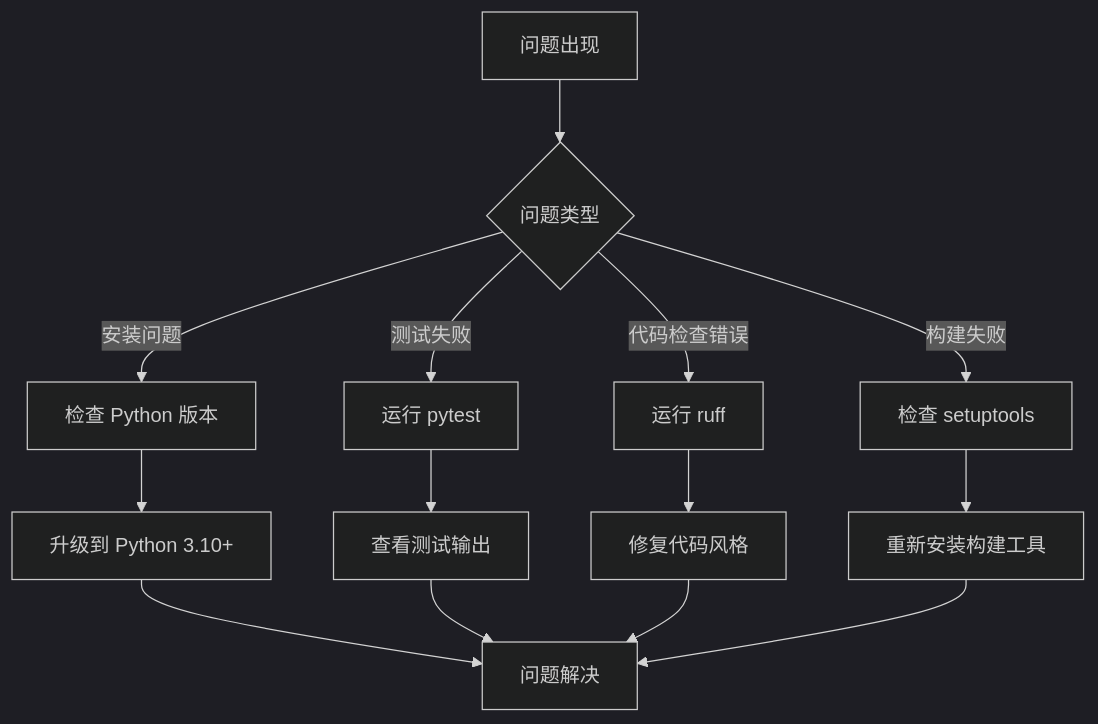
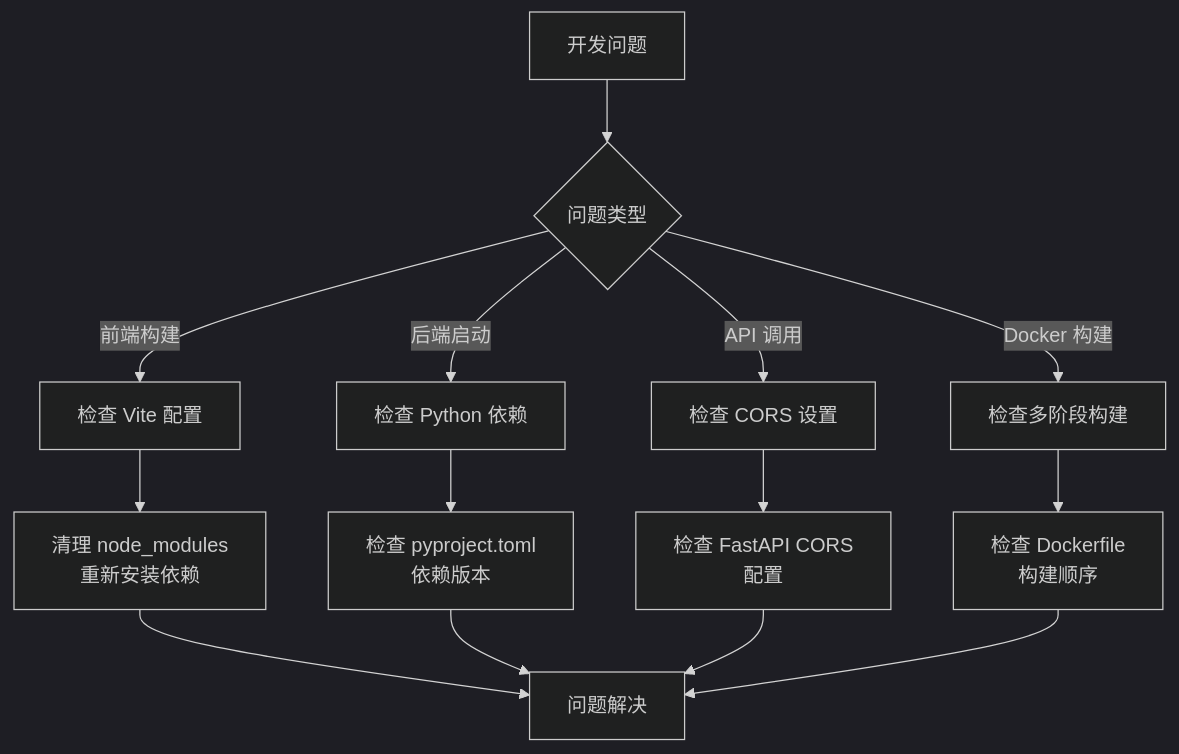
One commit to SimonWHL/math-learning changed diagram 12 of 12 in .qoder/repowiki/zh/content/项目概述.md. Above: the diagram before and after it, drawn with Mermaid (dark theme). The commit also changed other lines of this file and 18 other files, not shown here.

````diff
--- a/.qoder/repowiki/zh/content/项目概述.md
+++ b/.qoder/repowiki/zh/content/项目概述.md
@@ -283,16 +500,16 @@
 ```mermaid
 flowchart TD
-A[问题出现] --> B{问题类型}
-B --> |安装问题| C[检查 Python 版本]
-B --> |测试失败| D[运行 pytest]
-B --> |代码检查错误| E[运行 ruff]
-B --> |构建失败| F[检查 setuptools]
-C --> G[升级到 Python 3.10+]
-D --> H[查看测试输出]
-E --> I[修复代码风格]
-F --> J[重新安装构建工具]
+A[开发问题] --> B{问题类型}
+B --> |前端构建| C[检查 Vite 配置]
+B --> |后端启动| D[检查 Python 依赖]
+B --> |API 调用| E[检查 CORS 设置]
+B --> |Docker 构建| F[检查多阶段构建]
+C --> G[清理 node_modules<br/>重新安装依赖]
+D --> H[检查 pyproject.toml<br/>依赖版本]
+E --> I[检查 FastAPI CORS<br/>配置]
+F --> J[检查 Dockerfile<br/>构建顺序]
 G --> K[问题解决]
 H --> K
 I --> K
 J --> K
 ```
````
